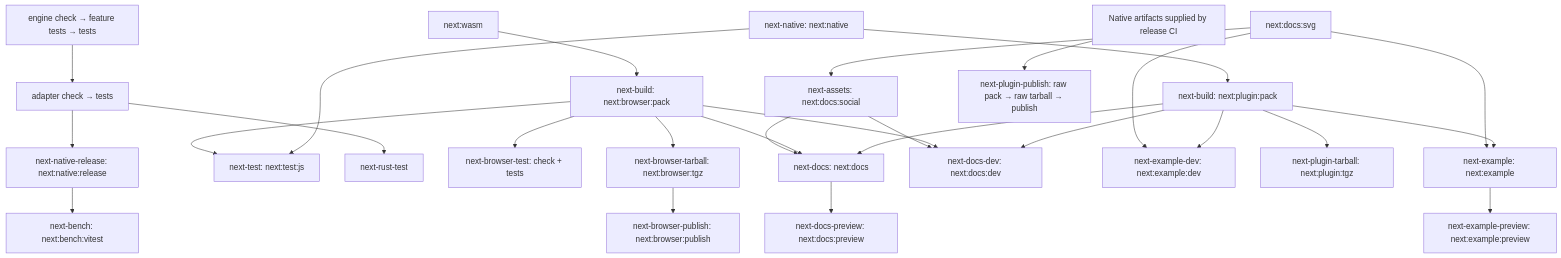
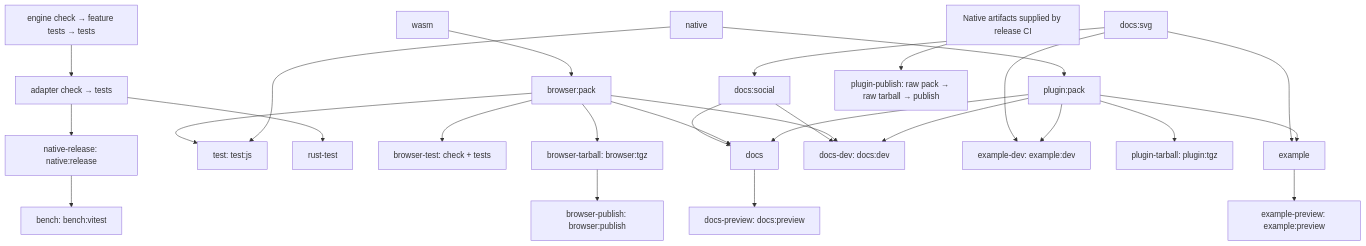
One commit to atlowChemi/vite-svg-2-webfont changed the second of 2 diagrams in CONTRIBUTING.md. Above: the diagram before and after it, drawn with Mermaid. The commit also changed other lines of this file and 48 other files, not shown here.

````diff
--- a/CONTRIBUTING.md
+++ b/CONTRIBUTING.md
@@ -87,29 +83,29 @@
 ```mermaid
 flowchart TD
     engine["engine check → feature tests → tests"] --> adapter["adapter check → tests"]
-    adapter --> release["next-native-release: next:native:release"]
-    release --> bench["next-bench: next:bench:vitest"]
-    native["next-native: next:native"] --> plugin["next-build: next:plugin:pack"]
-    wasm["next:wasm"] --> browser["next-build: next:browser:pack"]
-    svg["next:docs:svg"] --> social["next-assets: next:docs:social"]
-    native --> tests["next-test: next:test:js"]
+    adapter --> release["native-release: native:release"]
+    release --> bench["bench: bench:vitest"]
+    native["native"] --> plugin["plugin:pack"]
+    wasm["wasm"] --> browser["browser:pack"]
+    svg["docs:svg"] --> social["docs:social"]
+    native --> tests["test: test:js"]
     browser --> tests
-    adapter --> rusttests["next-rust-test"]
-    browser --> browsertests["next-browser-test: check + tests"]
-    plugin --> docs["next-docs: next:docs"]
+    adapter --> rusttests["rust-test"]
+    browser --> browsertests["browser-test: check + tests"]
+    plugin --> docs["docs"]
     browser --> docs
     social --> docs
-    plugin --> example["next-example: next:example"]
+    plugin --> example["example"]
     svg --> example
-    plugin --> docsdev["next-docs-dev: next:docs:dev"]
+    plugin --> docsdev["docs-dev: docs:dev"]
     browser --> docsdev
     social --> docsdev
-    plugin --> exampledev["next-example-dev: next:example:dev"]
+    plugin --> exampledev["example-dev: example:dev"]
     svg --> exampledev
-    docs --> docspreview["next-docs-preview: next:docs:preview"]
-    example --> examplepreview["next-example-preview: next:example:preview"]
-    plugin --> plugintar["next-plugin-tarball: next:plugin:tgz"]
-    browser --> browsertar["next-browser-tarball: next:browser:tgz"]
-    browsertar --> browserpublish["next-browser-publish: next:browser:publish"]
-    supplied["Native artifacts supplied by release CI"] --> pluginpublish["next-plugin-publish: raw pack → raw tarball → publish"]
+    docs --> docspreview["docs-preview: docs:preview"]
+    example --> examplepreview["example-preview: example:preview"]
+    plugin --> plugintar["plugin-tarball: plugin:tgz"]
+    browser --> browsertar["browser-tarball: browser:tgz"]
+    browsertar --> browserpublish["browser-publish: browser:publish"]
+    supplied["Native artifacts supplied by release CI"] --> pluginpublish["plugin-publish: raw pack → raw tarball → publish"]
 ```
````
